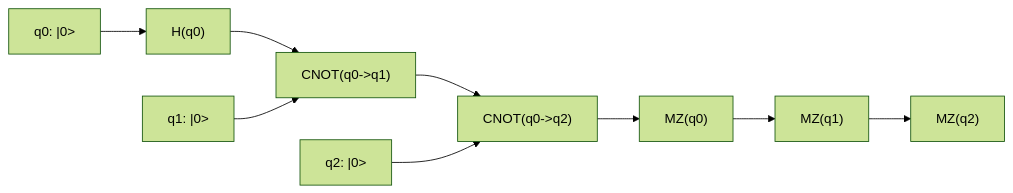
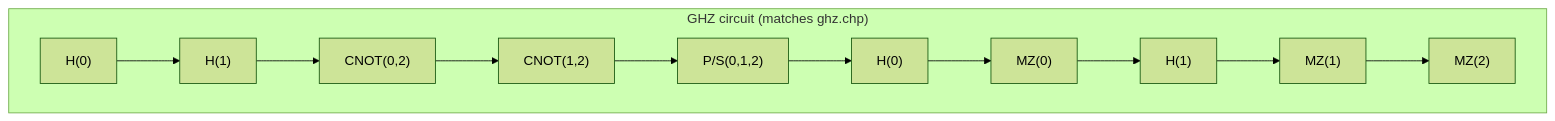
The second of 3 diagrams in reports/chp_vs_stabilizer_python_output_comparison.md (atharvmunot004/fault-tolerant-compiler-mlir), drawn with Mermaid (forest theme) before and after one commit. The commit also changed other lines of this file and 27 other files, not shown here.

````diff
--- a/reports/chp_vs_stabilizer_python_output_comparison.md
+++ b/reports/chp_vs_stabilizer_python_output_comparison.md
@@ -101,6 +272,14 @@
 ```mermaid
-flowchart LR
-    A["q0: |0>"] --> H0["H(q0)"] --> C01["CNOT(q0->q1)"] --> C02["CNOT(q0->q2)"] --> M0["MZ(q0)"] --> M1["MZ(q1)"] --> M2["MZ(q2)"]
-    B["q1: |0>"] --> C01
-    C["q2: |0>"] --> C02
+flowchart TB
+    subgraph ghz["GHZ circuit (matches ghz.chp)"]
+        A["H(0)"] --> B["H(1)"]
+        B --> C["CNOT(0,2)"]
+        C --> D["CNOT(1,2)"]
+        D --> E["P/S(0,1,2)"]
+        E --> F["H(0)"]
+        F --> M0["MZ(0)"]
+        M0 --> G["H(1)"]
+        G --> M1["MZ(1)"]
+        M1 --> M2["MZ(2)"]
+    end
 ```
````
